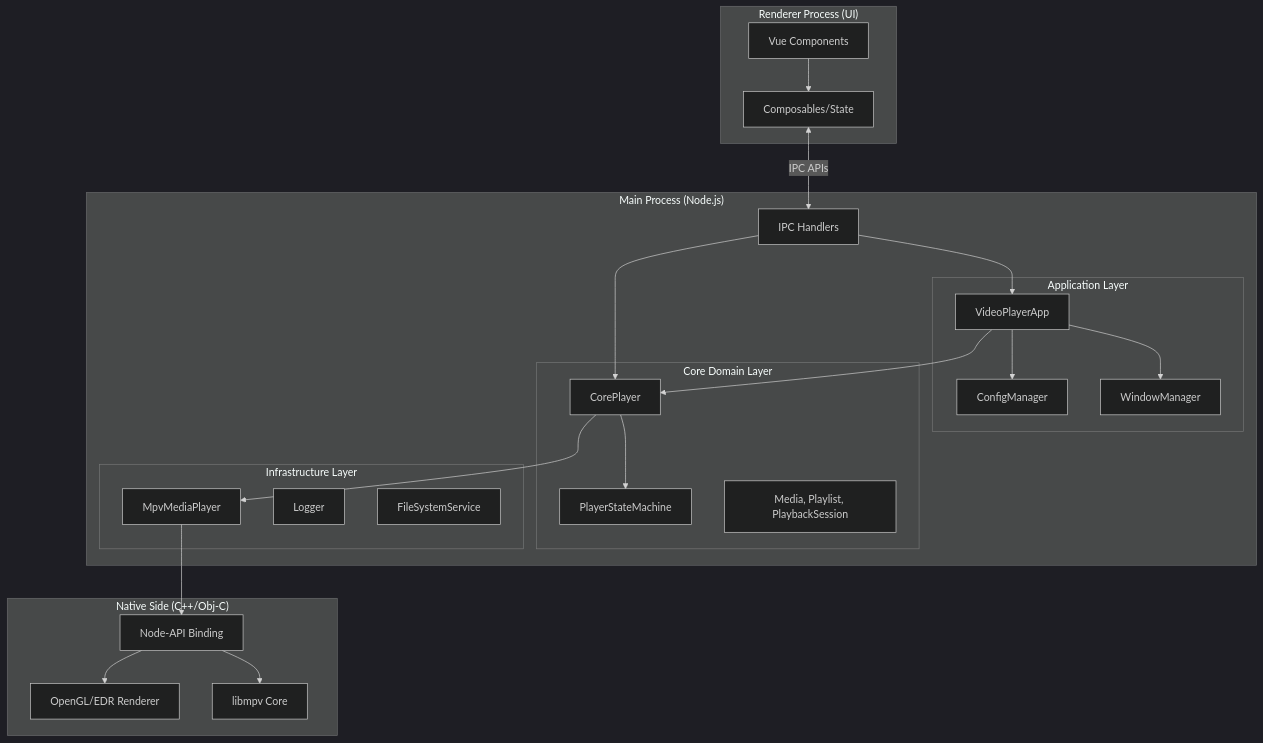
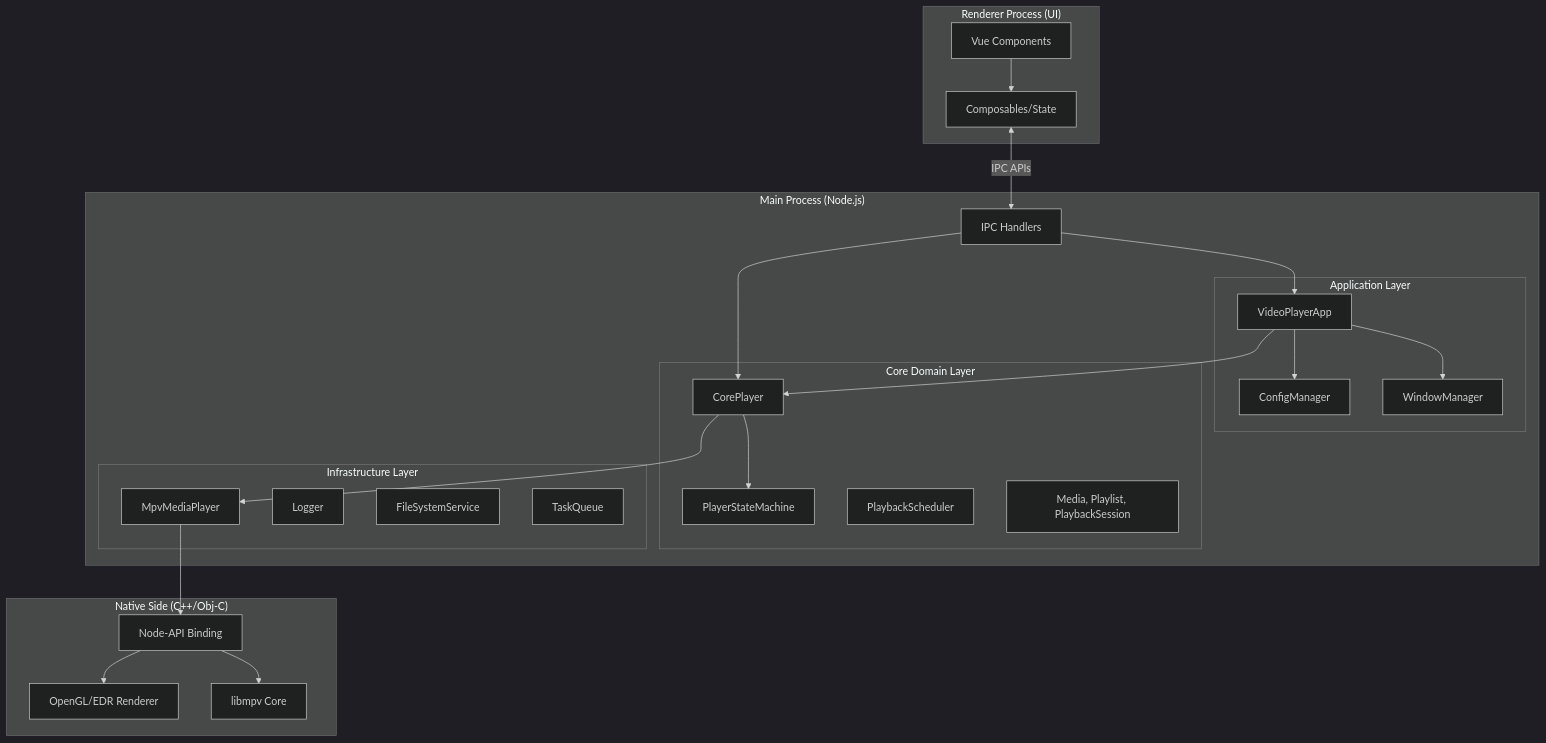
One commit to Lucas-lgm/lumiere changed the first of 8 diagrams in docs/architecture/ARCHITECTURE.md. Above: the diagram before and after it, drawn with Mermaid (dark theme). The commit also changed other lines of this file, not shown here.

First line of the commit message:
docs(architecture): 添加 PlaybackScheduler 和 TaskQueue 的架构文档

````diff
--- a/docs/architecture/ARCHITECTURE.md
+++ b/docs/architecture/ARCHITECTURE.md
@@ -20,52 +20,54 @@
 ```mermaid
 graph TB
     subgraph "Renderer Process (UI)"
         UI_Comp[Vue Components]
         UI_Store[Composables/State]
         UI_Comp --> UI_Store
     end
 
     subgraph "Main Process (Node.js)"
         IPC_Server[IPC Handlers]
         
         subgraph "Application Layer"
             VPA[VideoPlayerApp]
             Config[ConfigManager]
             WM[WindowManager]
         end
         
         subgraph "Core Domain Layer"
             CP[CorePlayer]
             PSM[PlayerStateMachine]
+            Sched[PlaybackScheduler]
             Models[Media, Playlist, PlaybackSession]
         end
         
         subgraph "Infrastructure Layer"
             MMP[MpvMediaPlayer]
             Log[Logger]
             FS[FileSystemService]
+            TQ[TaskQueue]
         end
     end
 
     subgraph "Native Side (C++/Obj-C)"
         NAPI[Node-API Binding]
         Render[OpenGL/EDR Renderer]
         MPV[libmpv Core]
     end
 
     %% Communications
     UI_Store <-->|IPC APIs| IPC_Server
     IPC_Server --> VPA
     IPC_Server --> CP
     
     VPA --> CP
     VPA --> Config
     VPA --> WM
     
     CP --> MMP
     CP --> PSM
     
     MMP --> NAPI
     NAPI --> MPV
     NAPI --> Render
 ```
````
